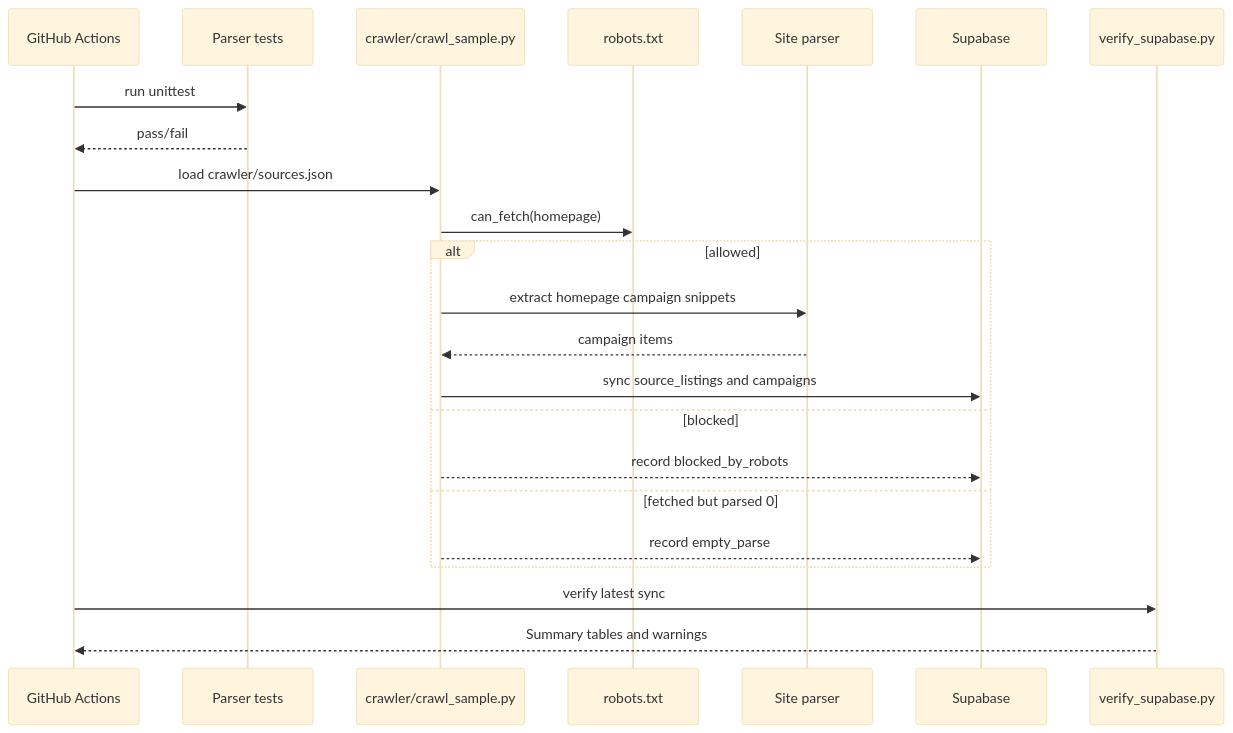
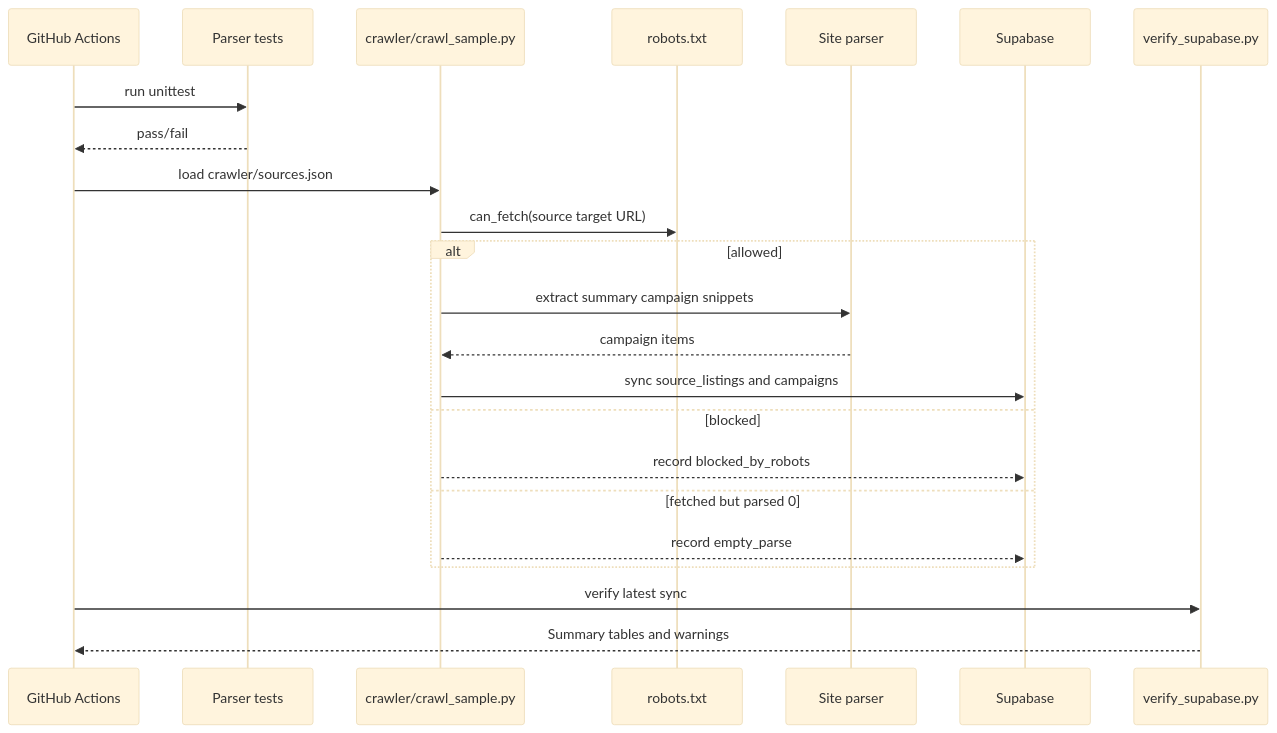
The third of 5 diagrams in README.md (C9Boom7/Reviewer), drawn with Mermaid (base theme) before and after one commit. The commit also changed other lines of this file and 18 other files, not shown here.

Commit message:
Add summary-only source modes

````diff
--- a/README.md
+++ b/README.md
@@ -127,26 +127,26 @@
 ```mermaid
 sequenceDiagram
   participant GH as GitHub Actions
   participant T as Parser tests
   participant C as crawler/crawl_sample.py
   participant R as robots.txt
   participant P as Site parser
   participant S as Supabase
   participant V as verify_supabase.py
 
   GH->>T: run unittest
   T-->>GH: pass/fail
   GH->>C: load crawler/sources.json
-  C->>R: can_fetch(homepage)
+  C->>R: can_fetch(source target URL)
   alt allowed
-    C->>P: extract homepage campaign snippets
+    C->>P: extract summary campaign snippets
     P-->>C: campaign items
     C->>S: sync source_listings and campaigns
   else blocked
     C-->>S: record blocked_by_robots
   else fetched but parsed 0
     C-->>S: record empty_parse
   end
   GH->>V: verify latest sync
   V-->>GH: Summary tables and warnings
 ```
````
